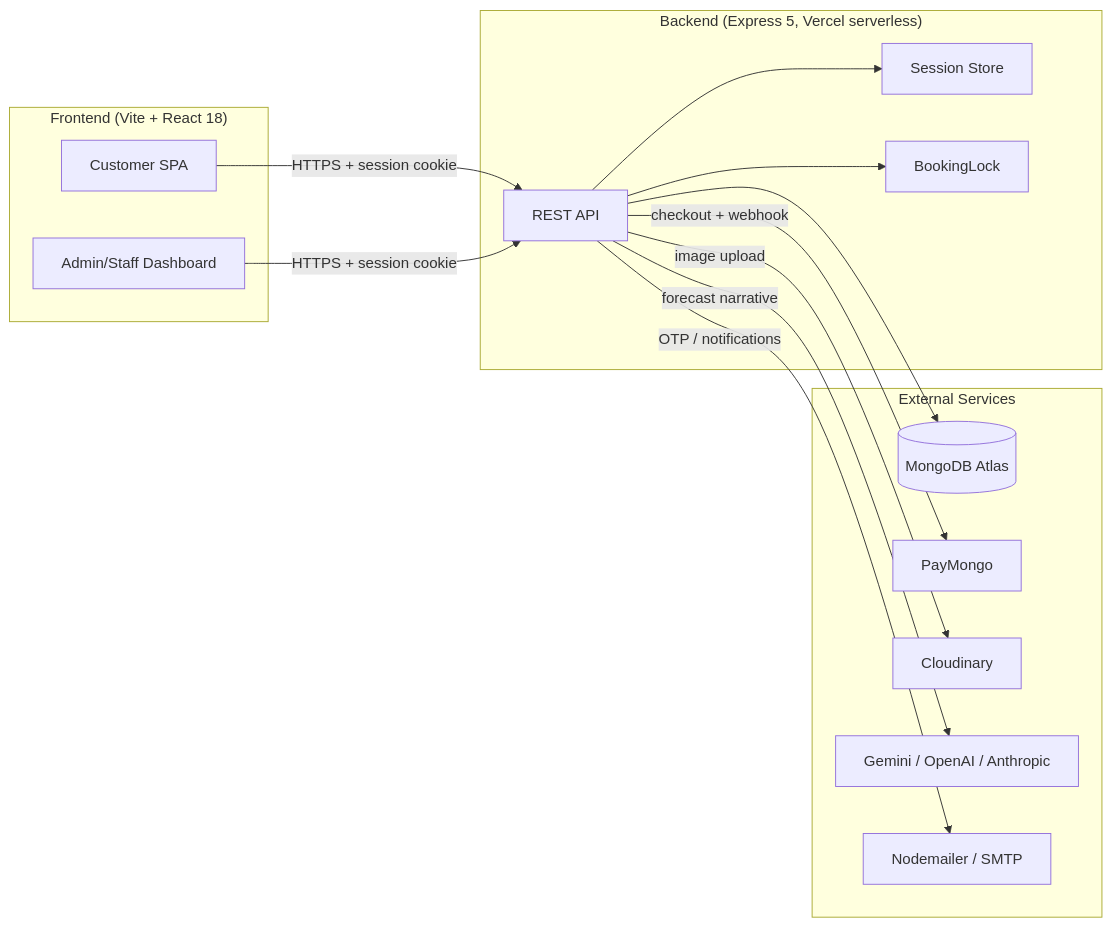
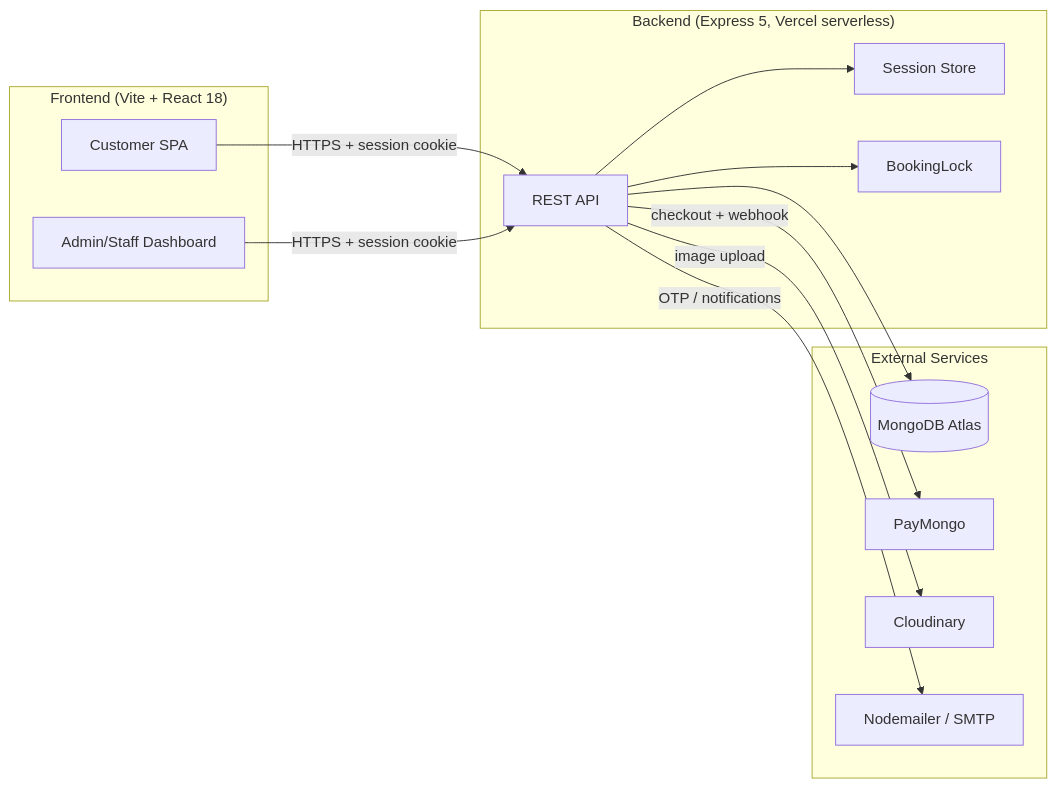
The first of 4 diagrams in context/ARCHITECTURE.md (jeeyan28/the-riverview), drawn with Mermaid before and after one commit. The commit also changed other lines of this file and 120 other files, not shown here.

````diff
--- a/context/ARCHITECTURE.md
+++ b/context/ARCHITECTURE.md
@@ -9,29 +9,27 @@
 ```mermaid
 flowchart LR
     subgraph Client["Frontend (Vite + React 18)"]
         A[Customer SPA]
         B[Admin/Staff Dashboard]
     end
     subgraph Server["Backend (Express 5, Vercel serverless)"]
         C[REST API]
         D[Session Store]
         E[BookingLock]
     end
     subgraph External["External Services"]
         F[(MongoDB Atlas)]
         G[PayMongo]
         H[Cloudinary]
-        I[Gemini / OpenAI / Anthropic]
         J[Nodemailer / SMTP]
     end
 
     A -->|HTTPS + session cookie| C
     B -->|HTTPS + session cookie| C
     C --> D
     C --> E
     C --> F
     C -->|checkout + webhook| G
     C -->|image upload| H
-    C -->|forecast narrative| I
     C -->|OTP / notifications| J
 ```
````
